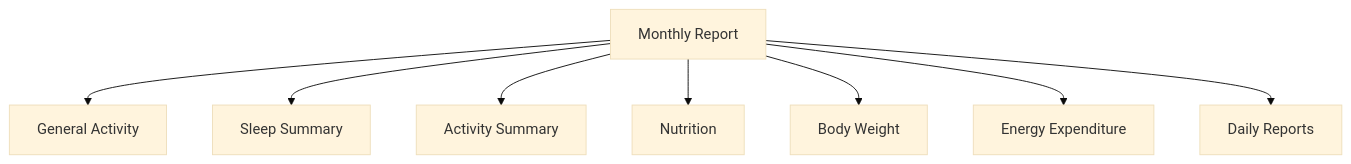
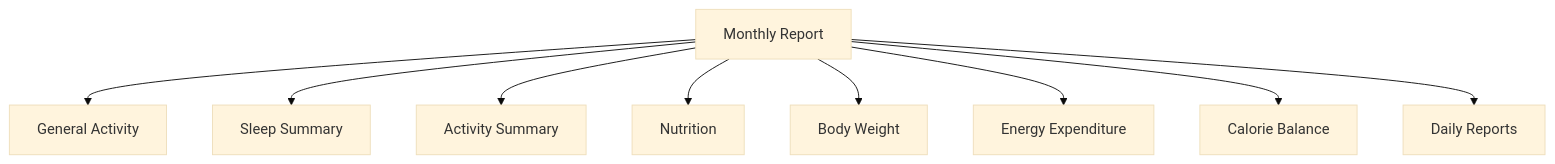
One commit to MateuszMocarski/AppleHealthMonitorAnalyzer changed the third of 4 diagrams in README.md. Above: the diagram before and after it, drawn with Mermaid (base theme). The commit also changed other lines of this file, not shown here.

````diff
--- a/README.md
+++ b/README.md
@@ -293,21 +355,23 @@
 ```mermaid
 flowchart TD
 
-    A["Monthly Report"]
-    B["General Activity"]
-    C["Sleep Summary"]
-    D["Activity Summary"]
-    E["Nutrition"]
-    F["Body Weight"]
-    G["Energy Expenditure"]
-    H["Daily Reports"]
+    A["Monthly Report"]
+    B["General Activity"]
+    C["Sleep Summary"]
+    D["Activity Summary"]
+    E["Nutrition"]
+    F["Body Weight"]
+    G["Energy Expenditure"]
+    H["Calorie Balance"]
+    I["Daily Reports"]
 
-    A --> B
-    A --> C
-    A --> D
-    A --> E
-    A --> F
-    A --> G
-    A --> H
+    A --> B
+    A --> C
+    A --> D
+    A --> E
+    A --> F
+    A --> G
+    A --> H
+    A --> I
 
 ```
````
